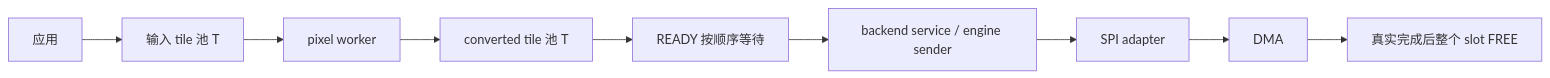
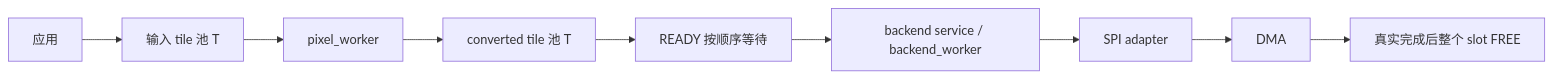
Before and after one commit to espressif2022/esp-iot-solution: the fifth of 7 diagrams in components/display/tools/esp_display_present/docs/MODE_BUFFER_TASK_REVIEW.md, drawn with Mermaid. The commit also changed other lines of this file and 65 other files, not shown here.

````diff
--- a/components/display/tools/esp_display_present/docs/MODE_BUFFER_TASK_REVIEW.md
+++ b/components/display/tools/esp_display_present/docs/MODE_BUFFER_TASK_REVIEW.md
@@ -259,11 +259,11 @@
 ```mermaid
 flowchart LR
     APP[应用] --> SRC[输入 tile 池 T]
-    SRC --> PIX[pixel worker]
+    SRC --> PIX[pixel_worker]
     PIX --> DST[converted tile 池 T]
     DST --> READY[READY 按顺序等待]
-    READY --> SEND[backend service / engine sender]
+    READY --> SEND[backend service / backend_worker]
     SEND --> SPI[SPI adapter]
     SPI --> DMA[DMA]
     DMA --> FREE[真实完成后整个 slot FREE]
 ```
````
